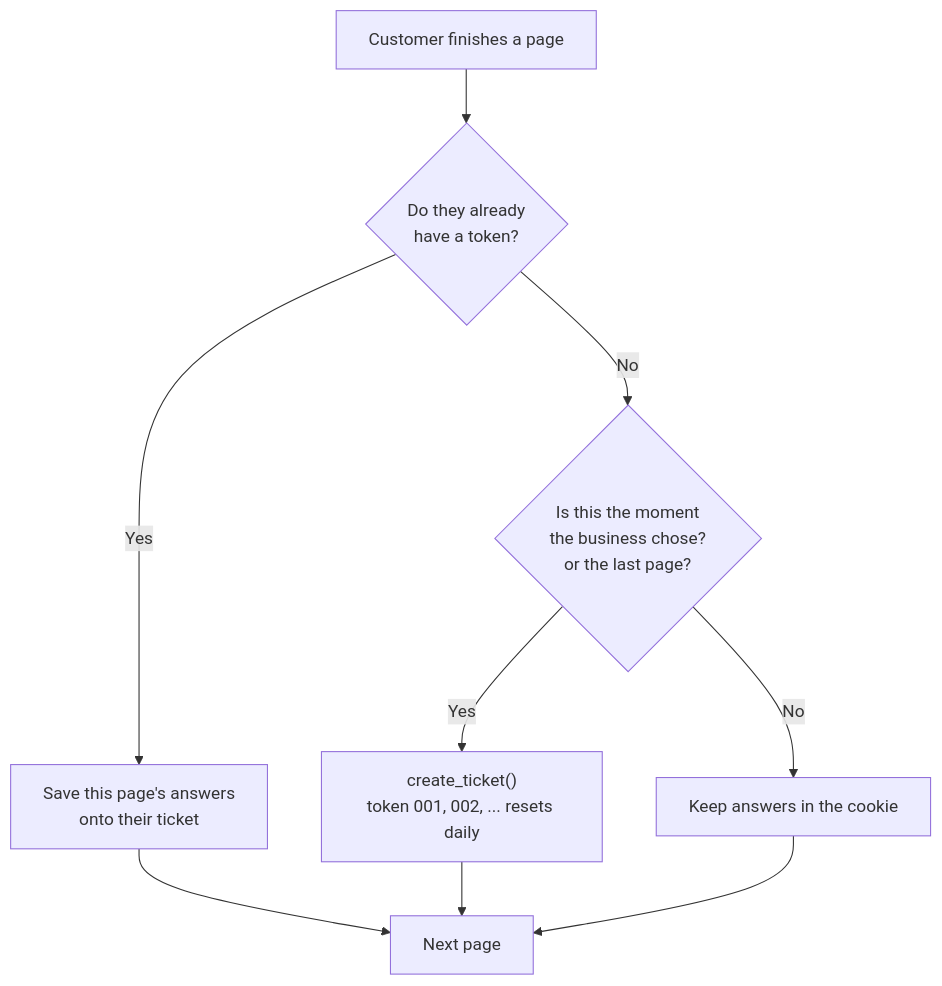
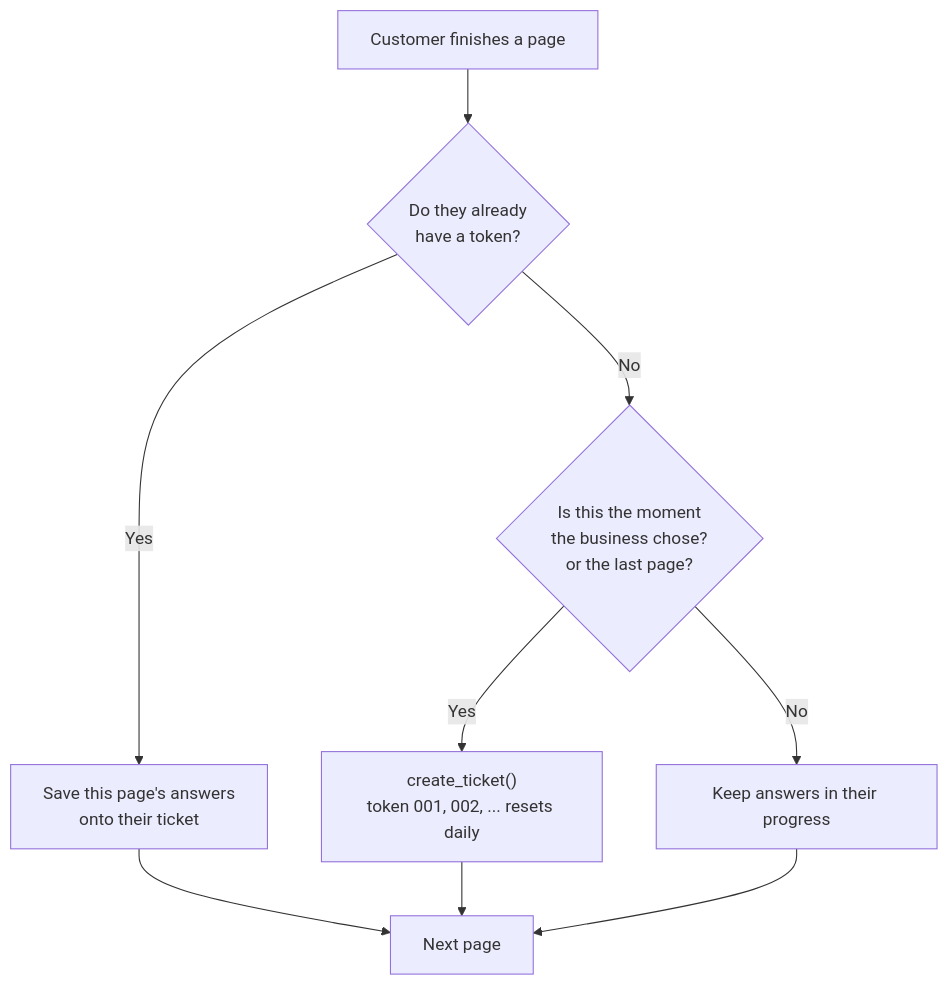
The fifth of 11 diagrams in dashQ_how_it_works.md (unwacko/dashQ_deployed), drawn with Mermaid before and after one commit. The commit also changed other lines of this file and 60 other files, not shown here.

````diff
--- a/dashQ_how_it_works.md
+++ b/dashQ_how_it_works.md
@@ -253,11 +289,11 @@
 ```mermaid
 flowchart TD
     A[Customer finishes a page] --> B{Do they already<br/>have a token?}
     B -- Yes --> C[Save this page's answers<br/>onto their ticket]
     B -- No --> D{Is this the moment<br/>the business chose?<br/>or the last page?}
     D -- Yes --> E["create_ticket()<br/>token 001, 002, ... resets daily"]
-    D -- No --> F[Keep answers in the cookie]
+    D -- No --> F[Keep answers in their progress]
     C --> G[Next page]
     E --> G
     F --> G
 ```
````
